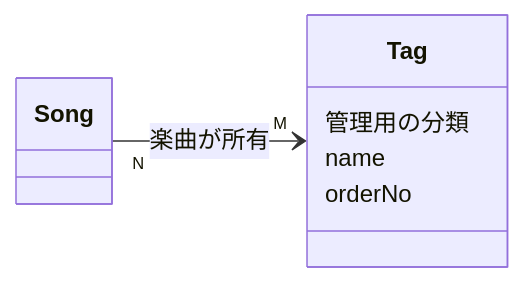
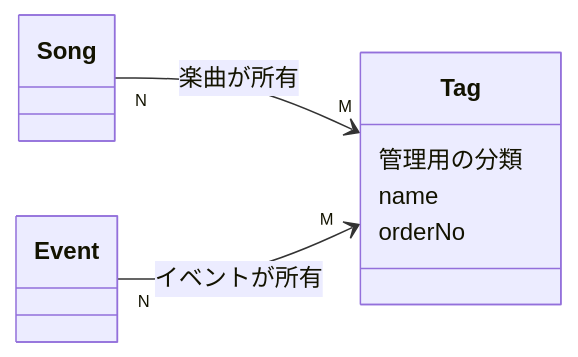
The diagram in docs/specs/tag.md (sayuprc/isekai-observatory), drawn with Mermaid before and after one commit. The commit also changed other lines of this file and 72 other files, not shown here.

````diff
--- a/docs/specs/tag.md
+++ b/docs/specs/tag.md
@@ -33,10 +33,11 @@
 ```mermaid
 classDiagram
   direction LR
   class Tag {
     管理用の分類
     name
     orderNo
   }
   Song "N" --> "M" Tag : 楽曲が所有
+  Event "N" --> "M" Tag : イベントが所有
 ```
````
